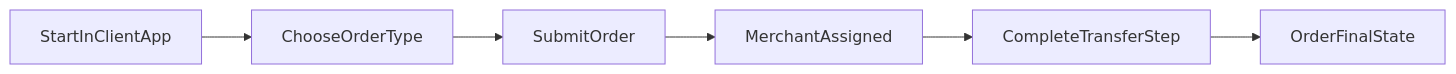
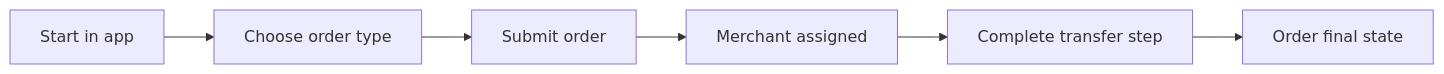
Before and after one commit to victorbss/p2p.me-docs: the diagram in for-users/how-to-place-an-order.md, drawn with Mermaid. The commit also changed 31 other files, not shown here.

````diff
--- a/for-users/how-to-place-an-order.md
+++ b/for-users/how-to-place-an-order.md
@@ -13,8 +13,8 @@
 ```mermaid
 flowchart LR
-    start[StartInClientApp] --> choose[ChooseOrderType]
-    choose --> submit[SubmitOrder]
-    submit --> assign[MerchantAssigned]
-    assign --> transfer[CompleteTransferStep]
-    transfer --> finish[OrderFinalState]
+    start[Start in app] --> choose[Choose order type]
+    choose --> submit[Submit order]
+    submit --> assign[Merchant assigned]
+    assign --> transfer[Complete transfer step]
+    transfer --> finish[Order final state]
 ```
````
